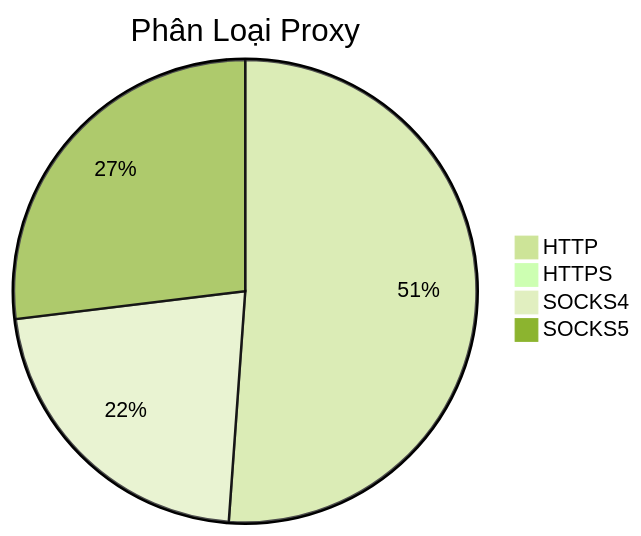
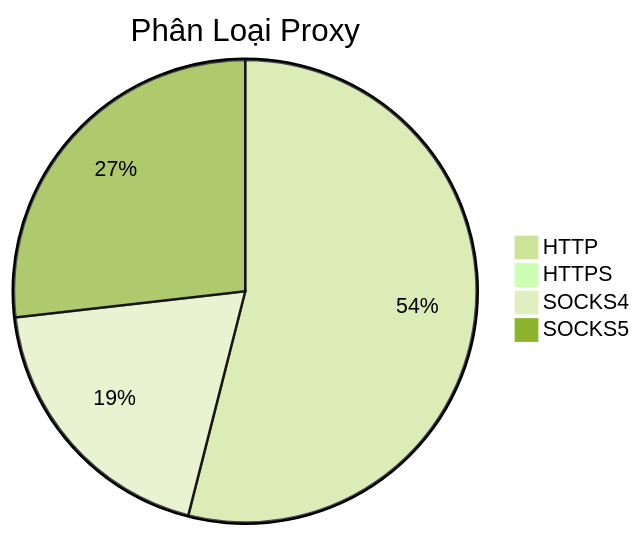
The diagram in README.md (Ciara-12/PROXY-free), drawn with Mermaid (forest theme) before and after one commit. The commit also changed other lines of this file and 3 other files, not shown here.

````diff
--- a/README.md
+++ b/README.md
@@ -26,7 +26,7 @@
 ```mermaid
 pie title Phân Loại Proxy
-    "HTTP" : 585
+    "HTTP" : 620
     "HTTPS" : 0
-    "SOCKS4" : 251
+    "SOCKS4" : 221
     "SOCKS5" : 308
 ```
````
